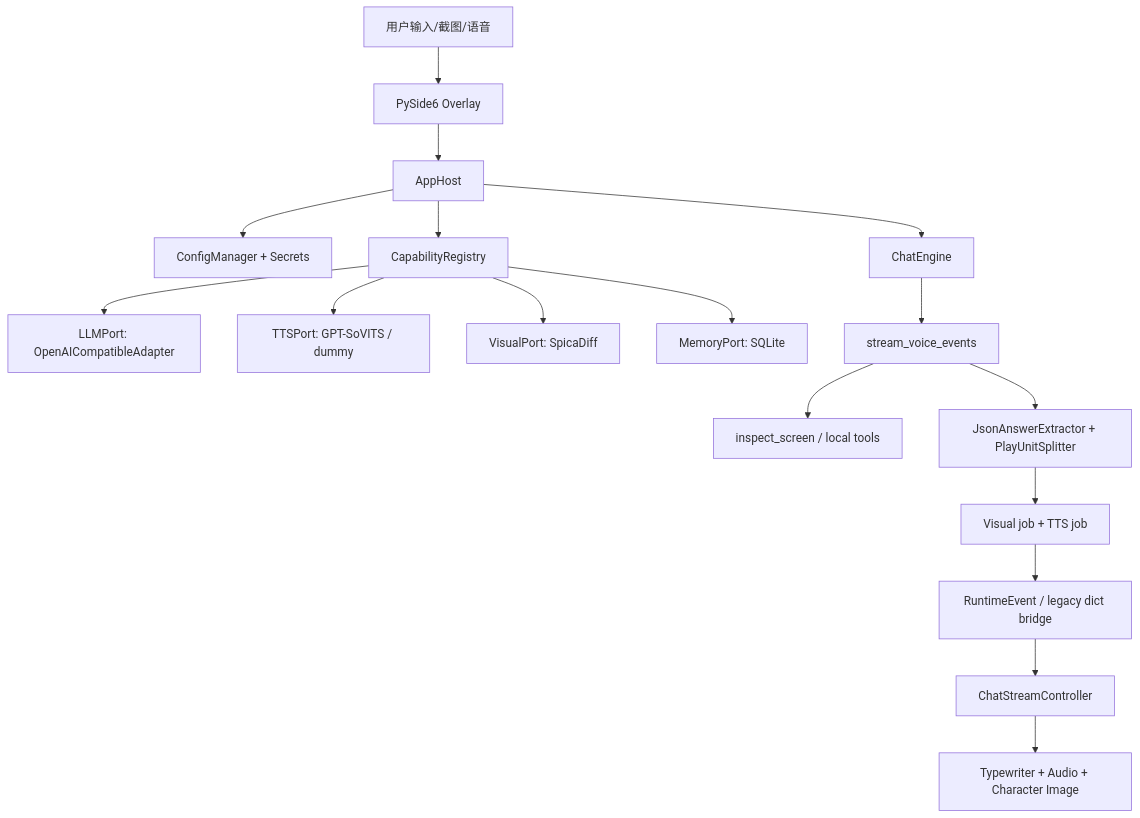
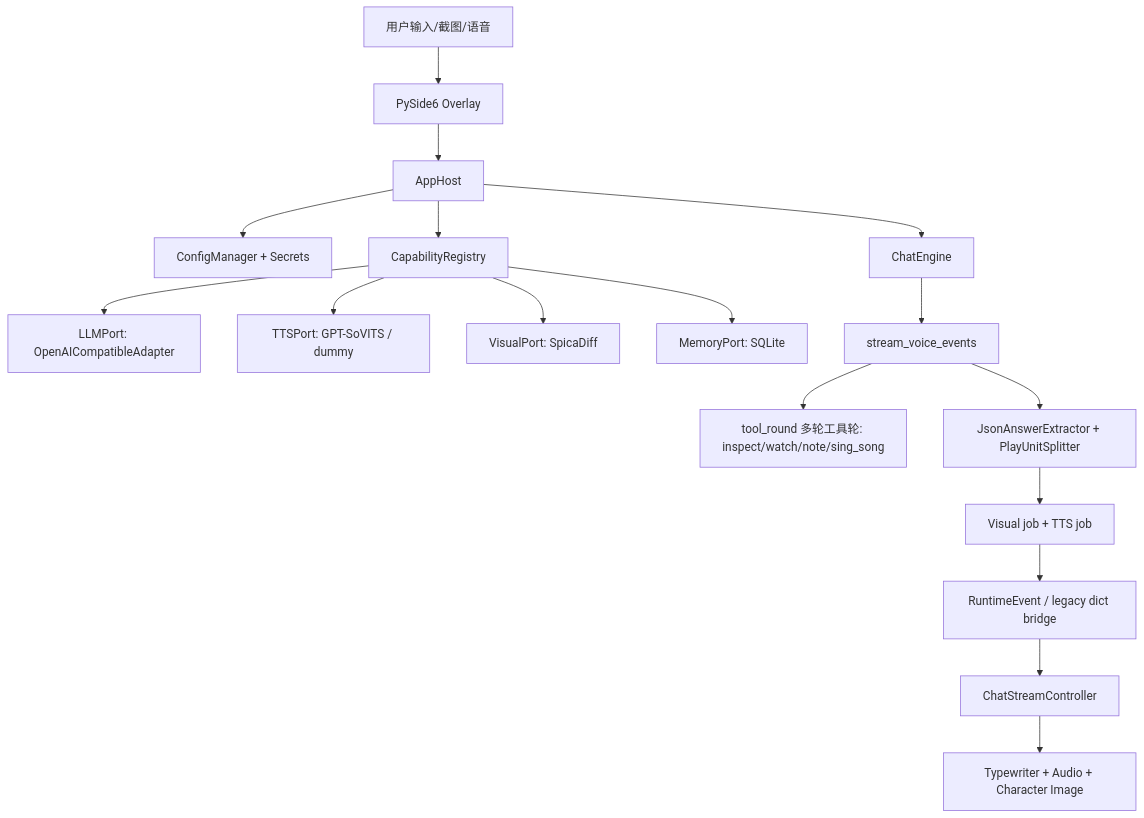
The diagram in README.md (KASA2AI/Spica-Chatbot_Release), drawn with Mermaid before and after one commit. The commit also changed other lines of this file and 130 other files, not shown here.

````diff
--- a/README.md
+++ b/README.md
@@ -37,19 +41,19 @@
 ```mermaid
 flowchart TD
     User[用户输入/截图/语音] --> UI[PySide6 Overlay]
     UI --> Host[AppHost]
     Host --> Config[ConfigManager + Secrets]
     Host --> Registry[CapabilityRegistry]
     Registry --> LLM[LLMPort: OpenAICompatibleAdapter]
     Registry --> TTS[TTSPort: GPT-SoVITS / dummy]
     Registry --> Visual[VisualPort: SpicaDiff]
     Registry --> Memory[MemoryPort: SQLite]
     Host --> Engine[ChatEngine]
     Engine --> Runtime[stream_voice_events]
-    Runtime --> Tools[inspect_screen / local tools]
+    Runtime --> Tools[tool_round 多轮工具轮: inspect/watch/note/sing_song]
     Runtime --> Splitter[JsonAnswerExtractor + PlayUnitSplitter]
     Splitter --> Jobs[Visual job + TTS job]
     Jobs --> Events[RuntimeEvent / legacy dict bridge]
     Events --> Controller[ChatStreamController]
     Controller --> Playback[Typewriter + Audio + Character Image]
 ```
````
